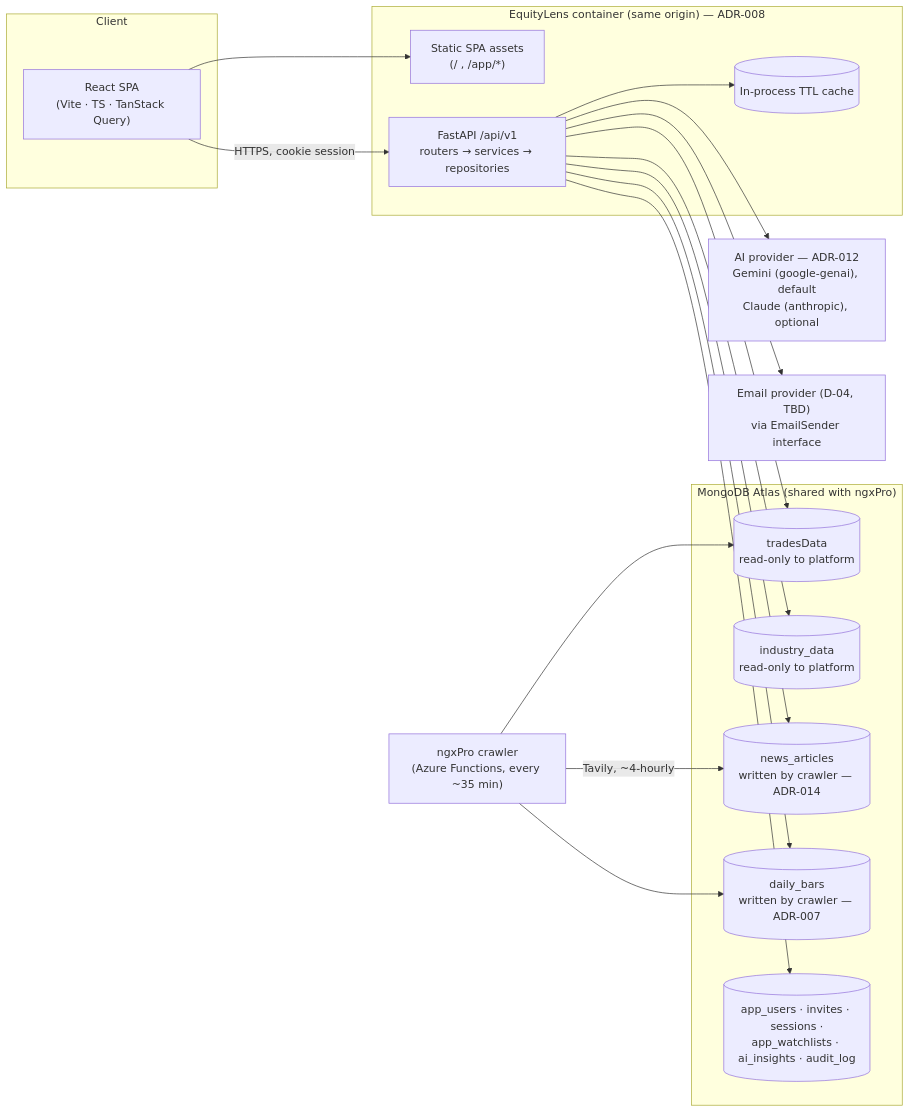
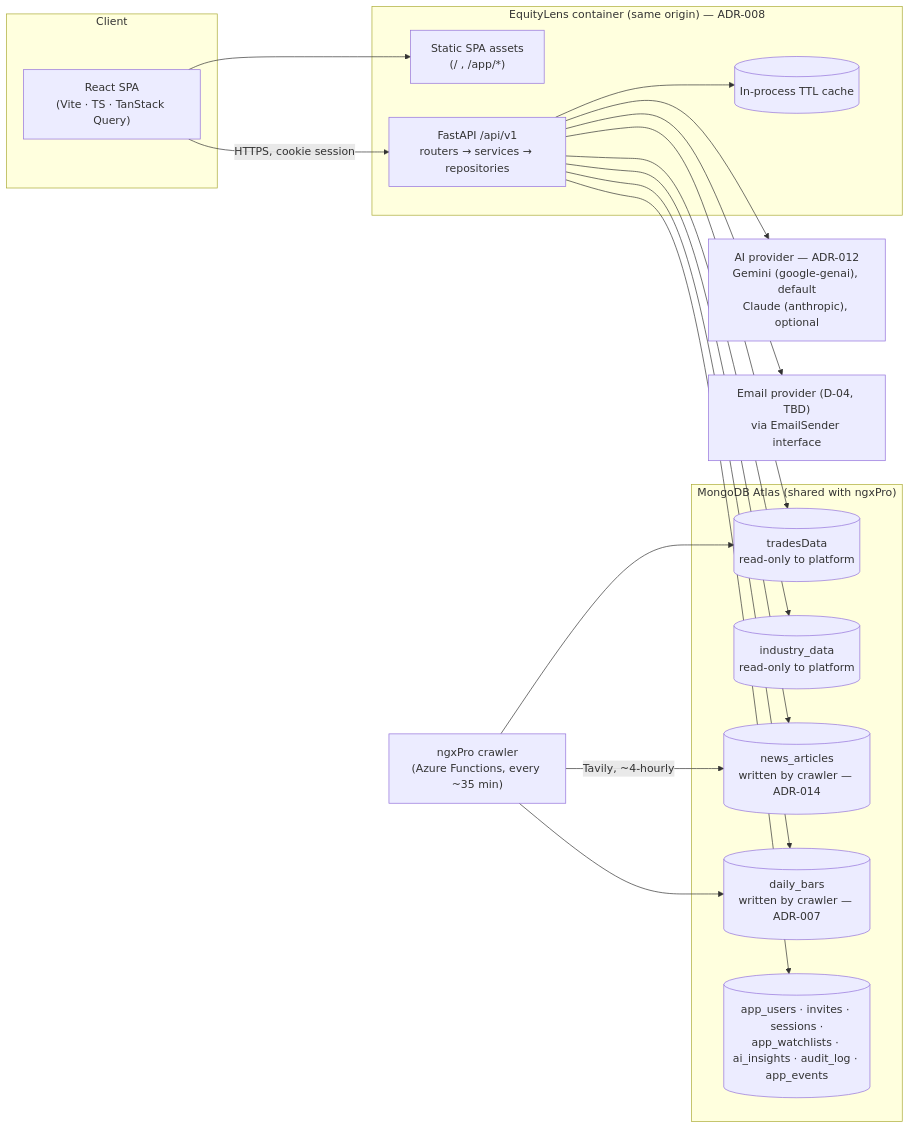
The diagram in docs/03-architecture.md (oladapo-joseph/platformApp), drawn with Mermaid before and after one commit. The commit also changed other lines of this file and 57 other files, not shown here.

First line of the commit message:
P4b: admin console, audit log viewer, data health and usage analytics

````diff
--- a/docs/03-architecture.md
+++ b/docs/03-architecture.md
@@ -7,34 +7,34 @@
 ```mermaid
 flowchart LR
     subgraph Client
         SPA["React SPA<br/>(Vite · TS · TanStack Query)"]
     end
 
     subgraph "EquityLens container (same origin) — ADR-008"
         STATIC["Static SPA assets<br/>(/ , /app/*)"]
         API["FastAPI /api/v1<br/>routers → services → repositories"]
         CACHE[("In-process TTL cache")]
     end
 
     subgraph "MongoDB Atlas (shared with ngxPro)"
         TD[("tradesData<br/>read-only to platform")]
         ID[("industry_data<br/>read-only to platform")]
         NA[("news_articles<br/>written by crawler — ADR-014")]
         DB[("daily_bars<br/>written by crawler — ADR-007")]
-        U[("app_users · invites · sessions ·<br/>app_watchlists · ai_insights · audit_log")]
+        U[("app_users · invites · sessions ·<br/>app_watchlists · ai_insights · audit_log · app_events")]
     end
 
     CRAWLER["ngxPro crawler<br/>(Azure Functions, every ~35 min)"]
     AI["AI provider — ADR-012<br/>Gemini (google-genai), default<br/>Claude (anthropic), optional"]
     MAIL["Email provider (D-04, TBD)<br/>via EmailSender interface"]
 
     SPA -- "HTTPS, cookie session" --> API
     SPA --> STATIC
     API --> CACHE
     API --> TD & ID & DB & NA & U
     API --> AI
     API --> MAIL
     CRAWLER --> TD
     CRAWLER --> DB
     CRAWLER -- "Tavily, ~4-hourly" --> NA
 ```
````
